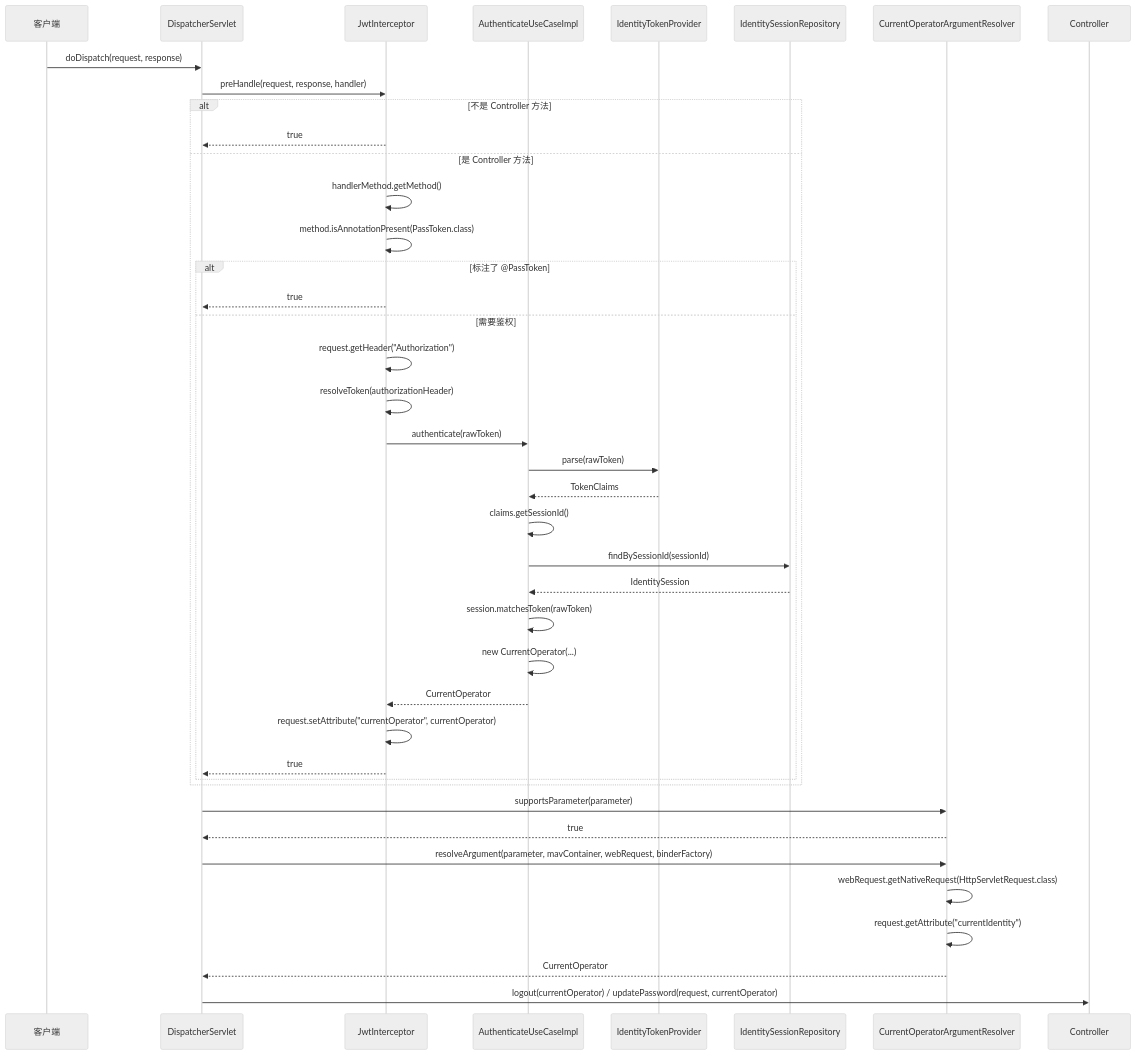
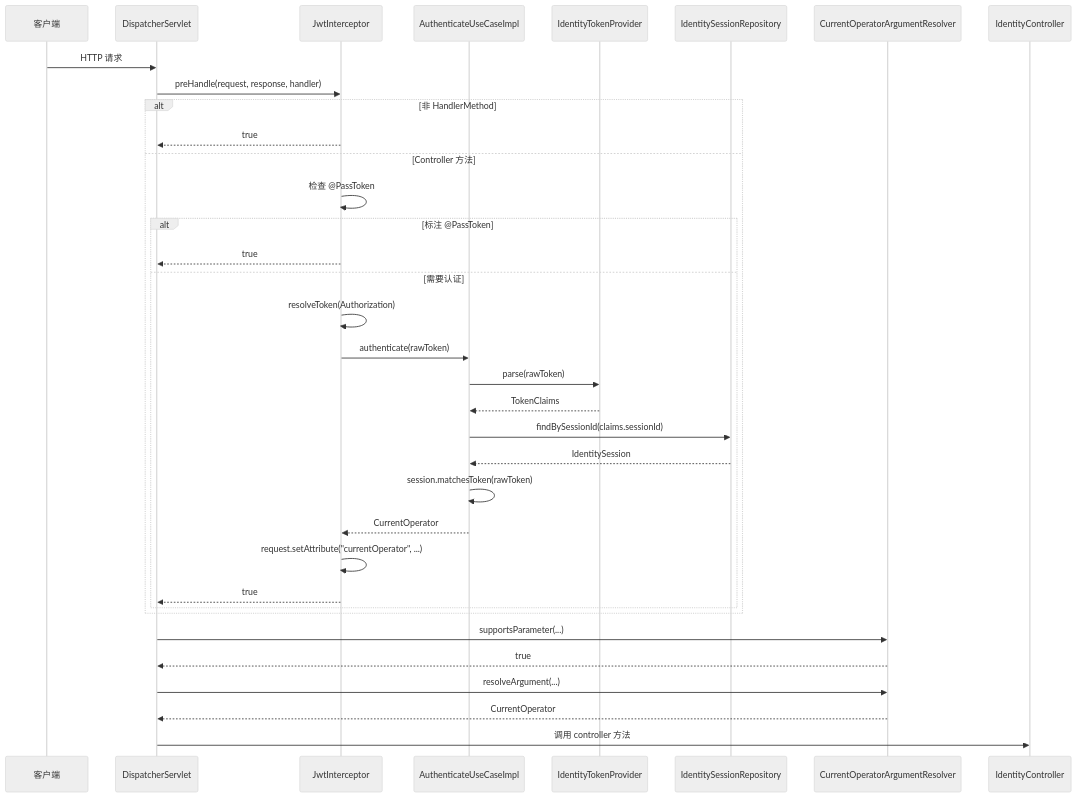
One commit to RokiLai/auth-service changed the second of 2 diagrams in docs/request-auth-chain.md. Above: the diagram before and after it, drawn with Mermaid (neutral theme). The commit also changed other lines of this file and 3 other files, not shown here.

````diff
--- a/docs/request-auth-chain.md
+++ b/docs/request-auth-chain.md
@@ -43,46 +49,40 @@
 ```mermaid
 sequenceDiagram
     participant Client as 客户端
     participant MVC as DispatcherServlet
     participant Interceptor as JwtInterceptor
     participant UseCase as AuthenticateUseCaseImpl
     participant TokenProvider as IdentityTokenProvider
     participant SessionRepo as IdentitySessionRepository
     participant Resolver as CurrentOperatorArgumentResolver
-    participant Controller as Controller
+    participant Controller as IdentityController
 
-    Client->>MVC: doDispatch(request, response)
+    Client->>MVC: HTTP 请求
     MVC->>Interceptor: preHandle(request, response, handler)
 
-    alt 不是 Controller 方法
+    alt 非 HandlerMethod
         Interceptor-->>MVC: true
-    else 是 Controller 方法
-        Interceptor->>Interceptor: handlerMethod.getMethod()
-        Interceptor->>Interceptor: method.isAnnotationPresent(PassToken.class)
-        alt 标注了 @PassToken
+    else Controller 方法
+        Interceptor->>Interceptor: 检查 @PassToken
+        alt 标注 @PassToken
             Interceptor-->>MVC: true
-        else 需要鉴权
-            Interceptor->>Interceptor: request.getHeader("Authorization")
-            Interceptor->>Interceptor: resolveToken(authorizationHeader)
+        else 需要认证
+            Interceptor->>Interceptor: resolveToken(Authorization)
             Interceptor->>UseCase: authenticate(rawToken)
             UseCase->>TokenProvider: parse(rawToken)
             TokenProvider-->>UseCase: TokenClaims
-            UseCase->>UseCase: claims.getSessionId()
-            UseCase->>SessionRepo: findBySessionId(sessionId)
+            UseCase->>SessionRepo: findBySessionId(claims.sessionId)
             SessionRepo-->>UseCase: IdentitySession
             UseCase->>UseCase: session.matchesToken(rawToken)
-            UseCase->>UseCase: new CurrentOperator(...)
             UseCase-->>Interceptor: CurrentOperator
-            Interceptor->>Interceptor: request.setAttribute("currentOperator", currentOperator)
+            Interceptor->>Interceptor: request.setAttribute("currentOperator", ...)
             Interceptor-->>MVC: true
         end
     end
 
-    MVC->>Resolver: supportsParameter(parameter)
+    MVC->>Resolver: supportsParameter(...)
     Resolver-->>MVC: true
-    MVC->>Resolver: resolveArgument(parameter, mavContainer, webRequest, binderFactory)
-    Resolver->>Resolver: webRequest.getNativeRequest(HttpServletRequest.class)
-    Resolver->>Resolver: request.getAttribute("currentIdentity")
+    MVC->>Resolver: resolveArgument(...)
     Resolver-->>MVC: CurrentOperator
-    MVC->>Controller: logout(currentOperator) / updatePassword(request, currentOperator)
+    MVC->>Controller: 调用 controller 方法
 ```
````
